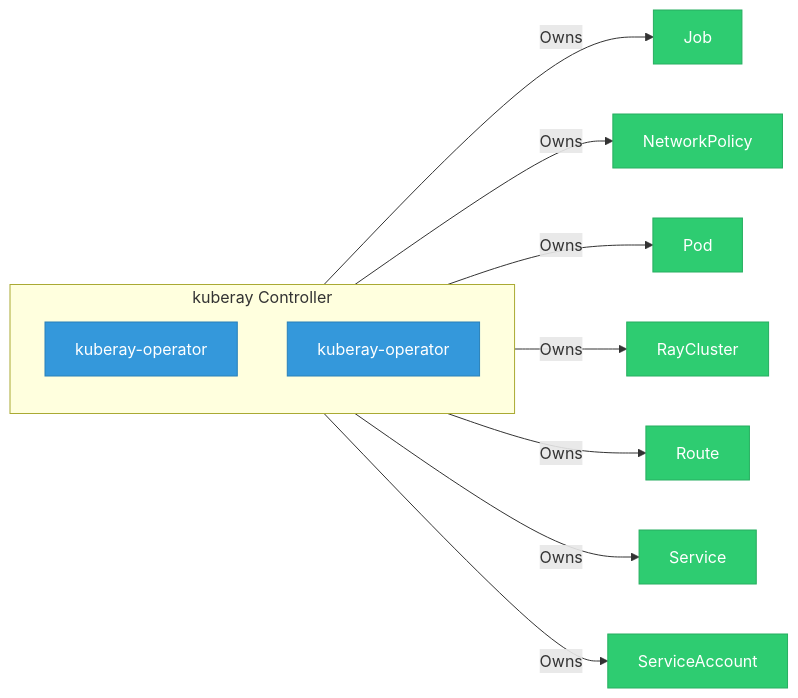
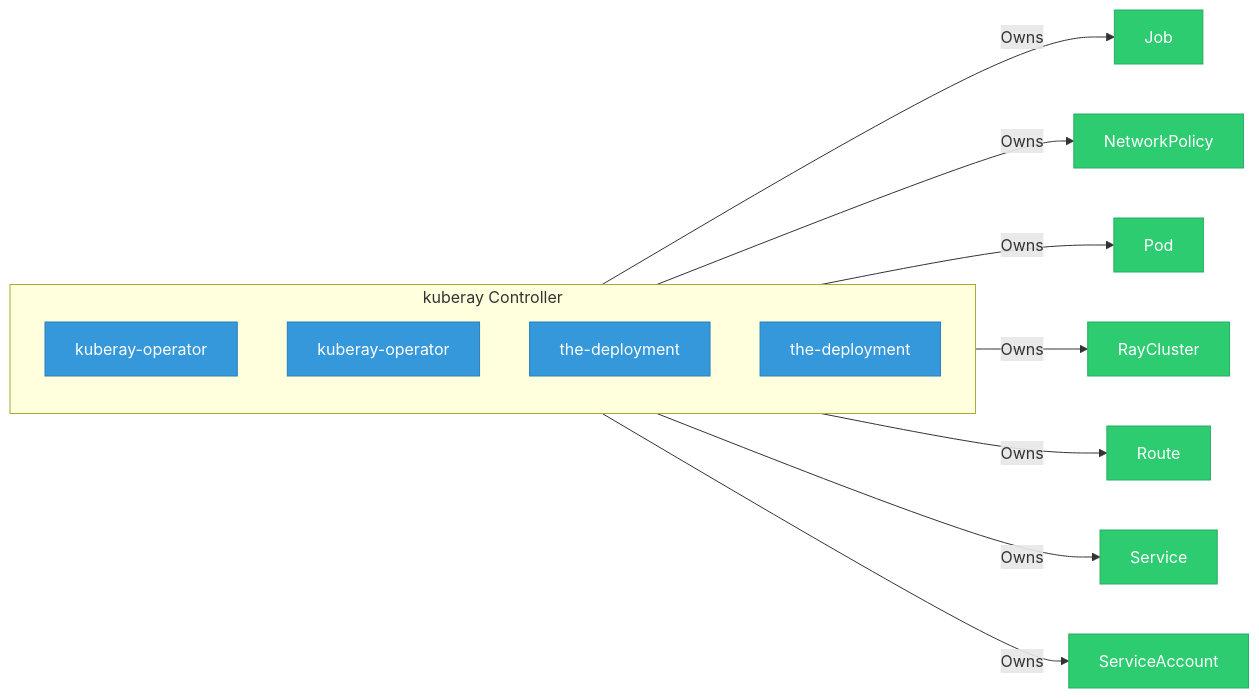
The diagram in site/docs/use-cases/rhoai-platform/components/kuberay/index.md (ugiordan/rhoai-architecture-analyzer), drawn with Mermaid before and after one commit. The commit also changed other lines of this file and 402 other files, not shown here.

````diff
--- a/site/docs/use-cases/rhoai-platform/components/kuberay/index.md
+++ b/site/docs/use-cases/rhoai-platform/components/kuberay/index.md
@@ -22,32 +25,36 @@
 ```mermaid
 graph LR
     %% Component architecture for kuberay
 
     classDef crd fill:#e74c3c,stroke:#c0392b,color:#fff
     classDef controller fill:#3498db,stroke:#2980b9,color:#fff
     classDef owned fill:#2ecc71,stroke:#27ae60,color:#fff
     classDef external fill:#95a5a6,stroke:#7f8c8d,color:#fff
     classDef dep fill:#f39c12,stroke:#e67e22,color:#fff
 
     subgraph controller["kuberay Controller"]
         dep_1["kuberay-operator"]
         class dep_1 controller
         dep_2["kuberay-operator"]
         class dep_2 controller
+        dep_3["the-deployment"]
+        class dep_3 controller
+        dep_4["the-deployment"]
+        class dep_4 controller
     end
 
-    controller -->|"Owns"| owned_3["Job"]
-    class owned_3 owned
-    controller -->|"Owns"| owned_4["NetworkPolicy"]
-    class owned_4 owned
-    controller -->|"Owns"| owned_5["Pod"]
+    controller -->|"Owns"| owned_5["Job"]
     class owned_5 owned
-    controller -->|"Owns"| owned_6["RayCluster"]
+    controller -->|"Owns"| owned_6["NetworkPolicy"]
     class owned_6 owned
-    controller -->|"Owns"| owned_7["Route"]
+    controller -->|"Owns"| owned_7["Pod"]
     class owned_7 owned
-    controller -->|"Owns"| owned_8["Service"]
+    controller -->|"Owns"| owned_8["RayCluster"]
     class owned_8 owned
-    controller -->|"Owns"| owned_9["ServiceAccount"]
+    controller -->|"Owns"| owned_9["Route"]
     class owned_9 owned
+    controller -->|"Owns"| owned_10["Service"]
+    class owned_10 owned
+    controller -->|"Owns"| owned_11["ServiceAccount"]
+    class owned_11 owned
 ```
````
